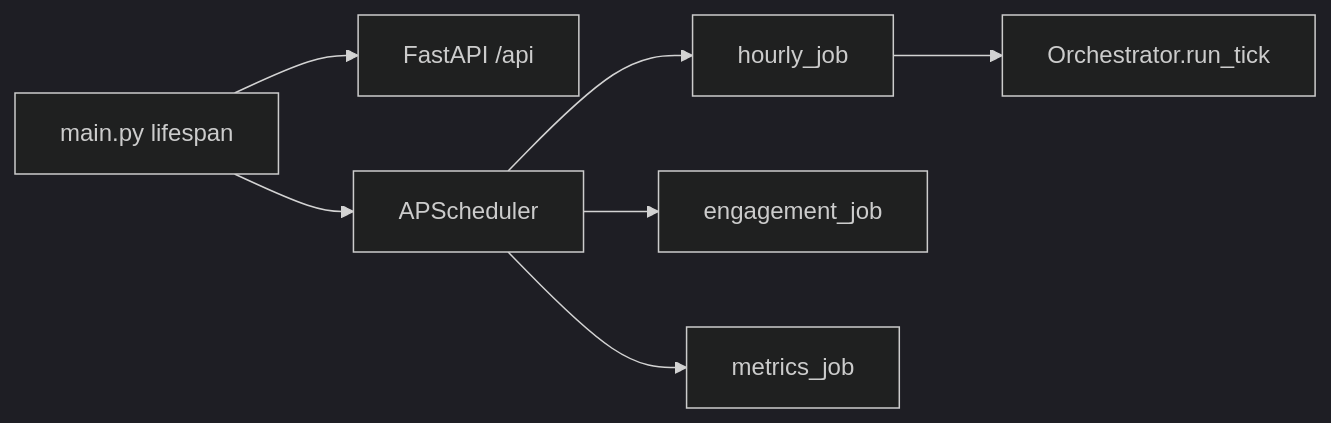
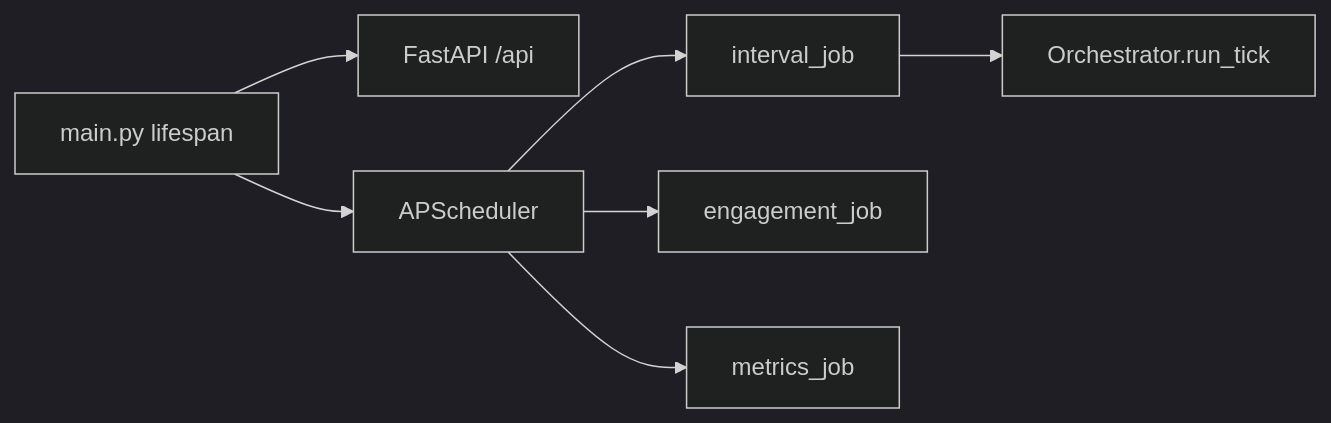
Before and after one commit to Baker-C/SocialMediaSwarm: the diagram in docs/subsystems/entry-and-runtime.md, drawn with Mermaid (dark theme). The commit also changed other lines of this file and 119 other files, not shown here.

First line of the commit message:
Rename hourly posting pipeline to interval-based naming.

````diff
--- a/docs/subsystems/entry-and-runtime.md
+++ b/docs/subsystems/entry-and-runtime.md
@@ -22,14 +22,14 @@
 ```mermaid
 flowchart LR
     MAIN[main.py lifespan]
     API[FastAPI /api]
     SCHED[APScheduler]
-    HJ[hourly_job]
+    HJ[interval_job]
     EJ[engagement_job]
     MJ[metrics_job]
 
     MAIN --> API
     MAIN --> SCHED
     SCHED --> HJ & EJ & MJ
     HJ --> ORCH[Orchestrator.run_tick]
 ```
````
